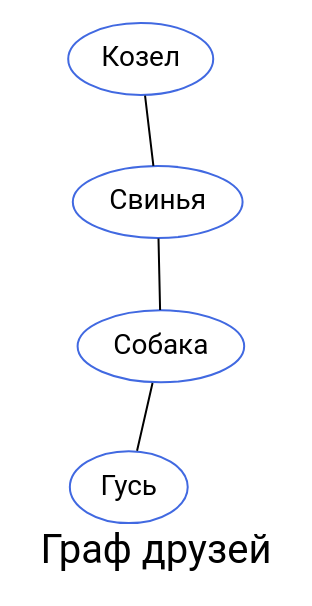
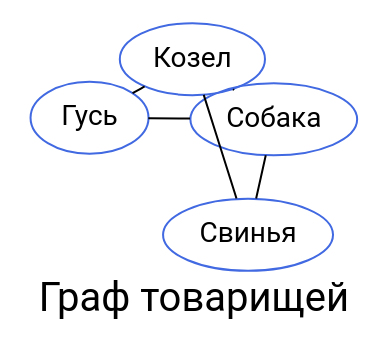
One commit to Marwolaeth/OTUS_R4DA changed the sixth of 7 diagrams in 01-Quarto/otus-reveal.qmd. Above: the diagram before and after it, drawn with Graphviz. The commit also changed other lines of this file and 4 other files, not shown here.

````diff
--- a/01-Quarto/otus-reveal.qmd
+++ b/01-Quarto/otus-reveal.qmd
@@ -905,17 +902,19 @@
 ```{dot}
-//| label: ex-graphviz
+//| label: ex-graphviz-code
 //| echo: fenced
-//| fig-height: 1.75
+//| eval: false
 // Комментарий
 graph G {
   fontname="Roboto"
   node [fontname="Roboto", color=royalblue]
   layout = neato
   Гусь -- Собака [weight=8];
   Собака -- Свинья;
   Свинья -- Козел [weight=4];
+  Козел -- Собака;
+  Гусь -- Козел;
   
   fontsize=20;
-  label = "Граф друзей";
+  label = "Граф товарищей";
 }
 ```
````
